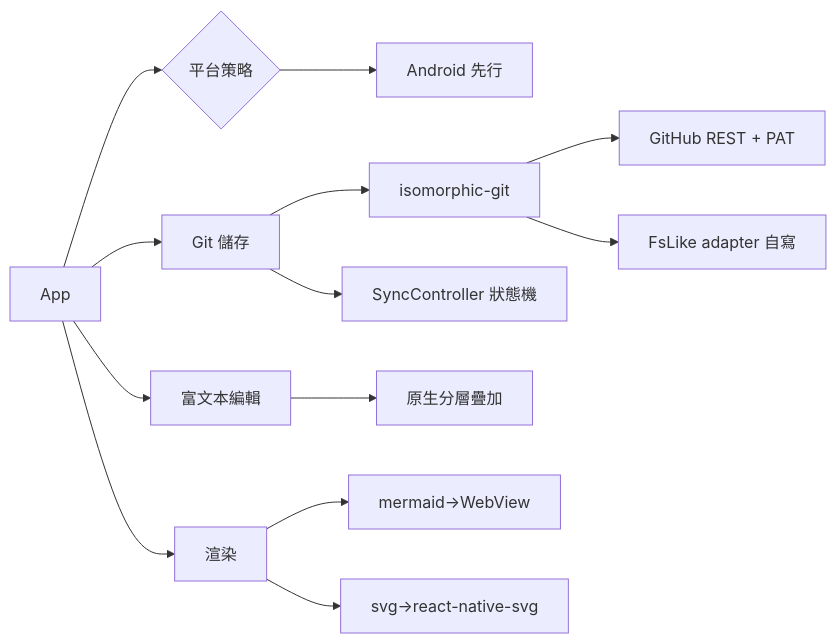
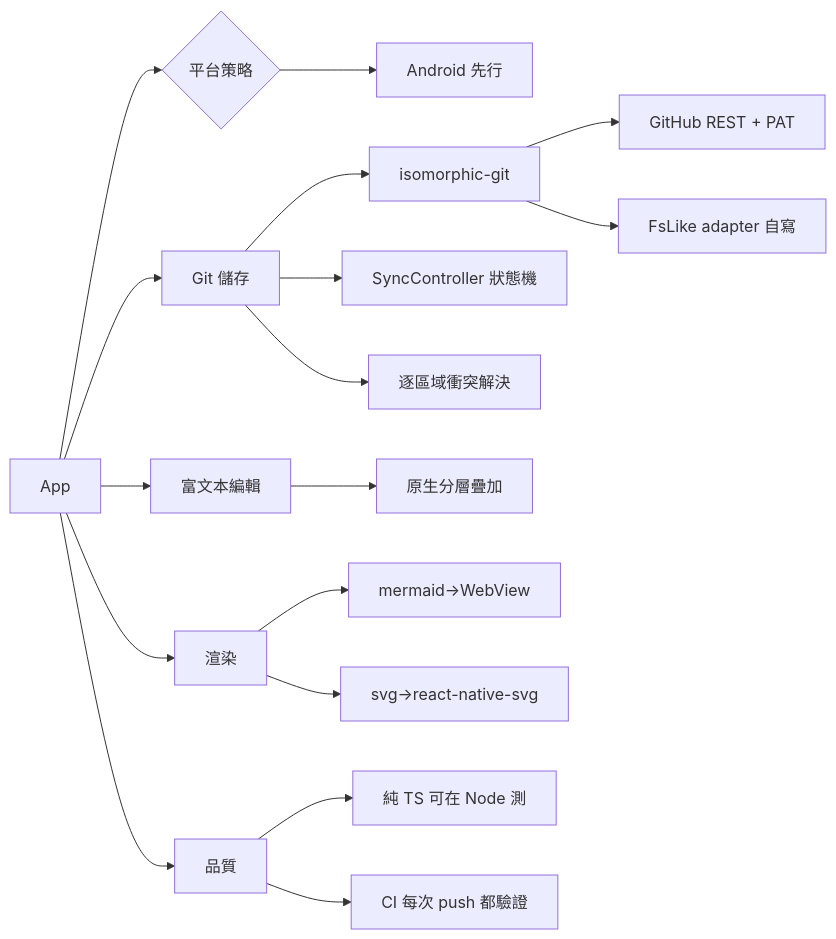
The diagram in brain/stack.md (adam-ikari/gitmark), drawn with Mermaid before and after one commit. The commit also changed other lines of this file and 3 other files, not shown here.

````diff
--- a/brain/stack.md
+++ b/brain/stack.md
@@ -41,15 +44,19 @@
 ```mermaid
 graph LR
   D[App] --> P{平台策略}
   D --> G[Git 儲存]
   D --> E[富文本編輯]
   D --> R[渲染]
+  D --> Q[品質]
   P --> P1[Android 先行]
   G --> G1[isomorphic-git]
   G1 --> G2[GitHub REST + PAT]
   G1 --> G3[FsLike adapter 自寫]
   G --> G4[SyncController 狀態機]
+  G --> G5[逐區域衝突解決]
   E --> E1[原生分層疊加]
   R --> R1[mermaid→WebView]
   R --> R2[svg→react-native-svg]
+  Q --> Q1[純 TS 可在 Node 測]
+  Q --> Q2[CI 每次 push 都驗證]
 ```
````
